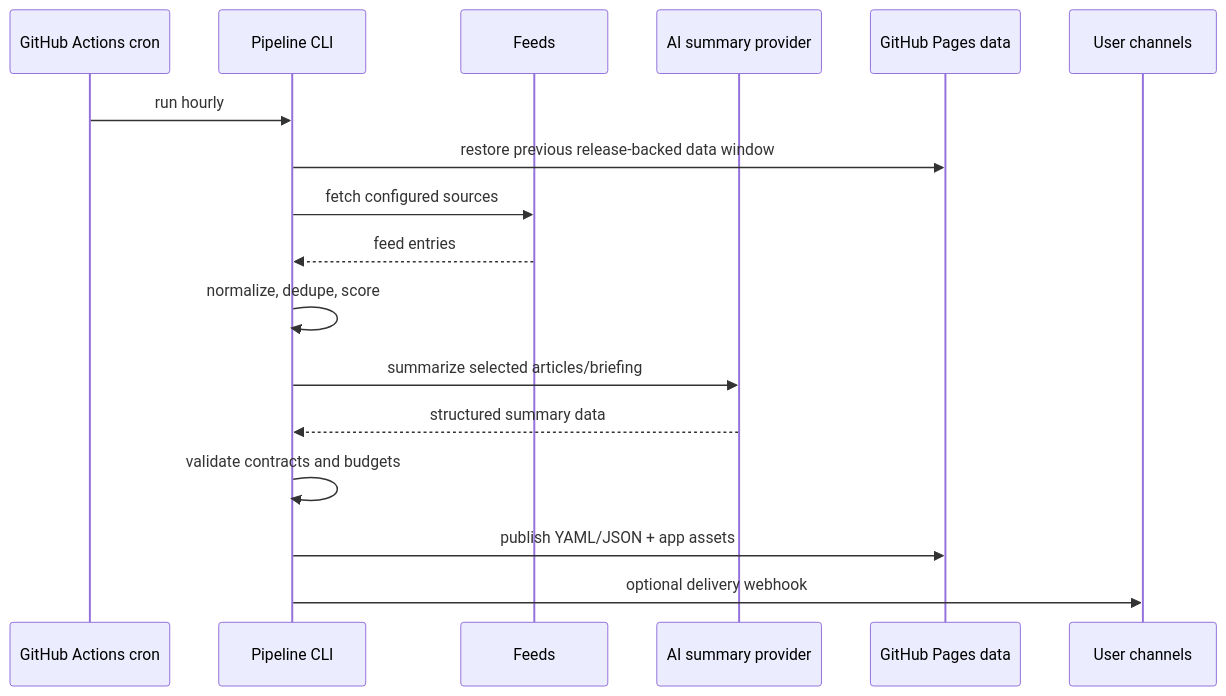
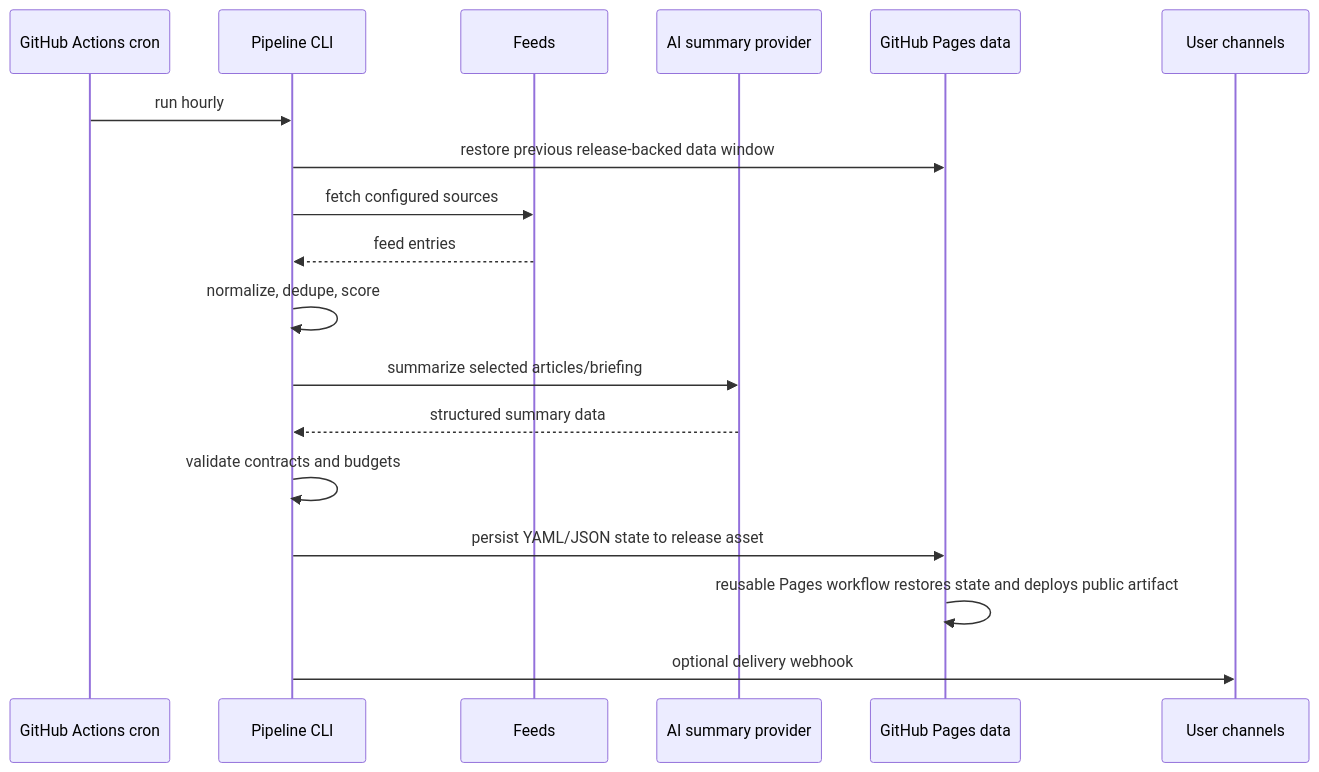
One commit to DevSecNinja/wazzup changed the second of 2 diagrams in docs/architecture.md. Above: the diagram before and after it, drawn with Mermaid. The commit also changed other lines of this file and 7 other files, not shown here.

````diff
--- a/docs/architecture.md
+++ b/docs/architecture.md
@@ -46,20 +55,21 @@
 ```mermaid
 sequenceDiagram
     participant Cron as GitHub Actions cron
     participant CLI as Pipeline CLI
     participant Feeds as Feeds
     participant AI as AI summary provider
     participant Pages as GitHub Pages data
     participant User as User channels
 
     Cron->>CLI: run hourly
     CLI->>Pages: restore previous release-backed data window
     CLI->>Feeds: fetch configured sources
     Feeds-->>CLI: feed entries
     CLI->>CLI: normalize, dedupe, score
     CLI->>AI: summarize selected articles/briefing
     AI-->>CLI: structured summary data
     CLI->>CLI: validate contracts and budgets
-    CLI->>Pages: publish YAML/JSON + app assets
+    CLI->>Pages: persist YAML/JSON state to release asset
+    Pages->>Pages: reusable Pages workflow restores state and deploys public artifact
     CLI->>User: optional delivery webhook
 ```
````
